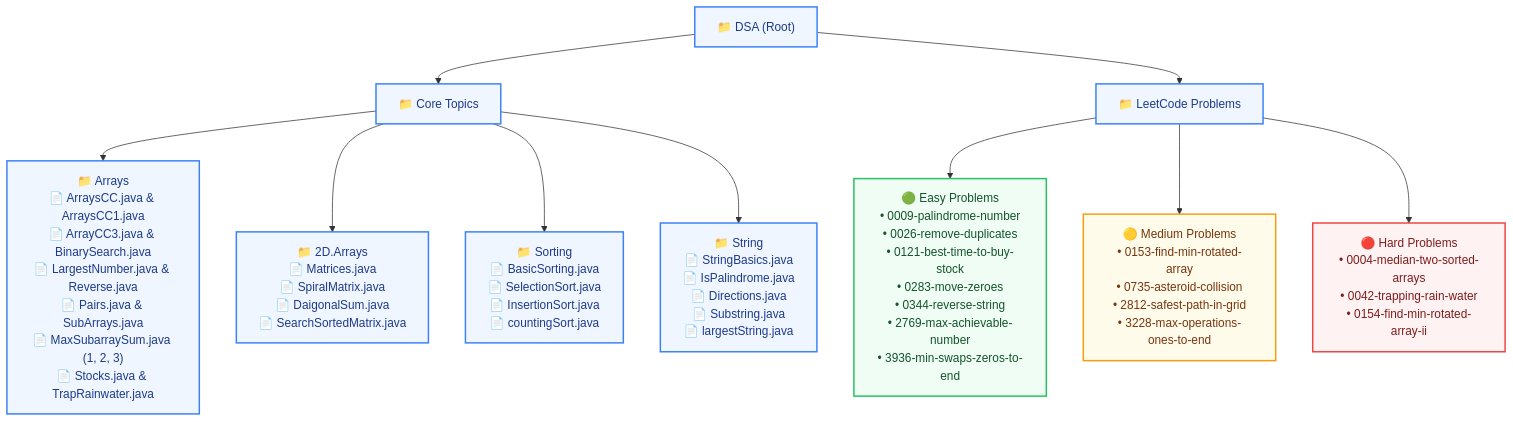
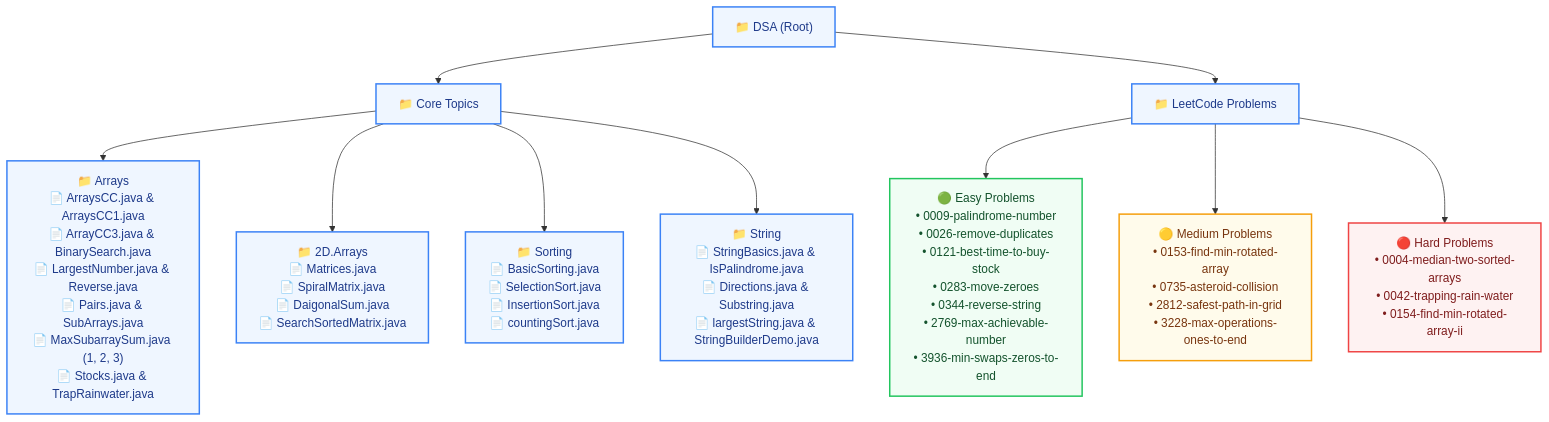
Before and after one commit to raghuvanshi-sec/DSA: the diagram in README.md, drawn with Mermaid. The commit also changed other lines of this file and 4 other files, not shown here.

````diff
--- a/README.md
+++ b/README.md
@@ -22,30 +22,30 @@
 ```mermaid
 flowchart TD
     DSA["📁 DSA (Root)"]
     
     %% Core Categories
     DSA --> Core["📁 Core Topics"]
     DSA --> LC["📁 LeetCode Problems"]
     
     %% Core Topics Breakdown
     Core --> Arrays["📁 Arrays<br/>📄 ArraysCC.java & ArraysCC1.java<br/>📄 ArrayCC3.java & BinarySearch.java<br/>📄 LargestNumber.java & Reverse.java<br/>📄 Pairs.java & SubArrays.java<br/>📄 MaxSubarraySum.java (1, 2, 3)<br/>📄 Stocks.java & TrapRainwater.java"]
     Core --> 2DArrays["📁 2D.Arrays<br/>📄 Matrices.java<br/>📄 SpiralMatrix.java<br/>📄 DaigonalSum.java<br/>📄 SearchSortedMatrix.java"]
     Core --> Sorting["📁 Sorting<br/>📄 BasicSorting.java<br/>📄 SelectionSort.java<br/>📄 InsertionSort.java<br/>📄 countingSort.java"]
-    Core --> String["📁 String<br/>📄 StringBasics.java<br/>📄 IsPalindrome.java<br/>📄 Directions.java<br/>📄 Substring.java<br/>📄 largestString.java"]
+    Core --> String["📁 String<br/>📄 StringBasics.java & IsPalindrome.java<br/>📄 Directions.java & Substring.java<br/>📄 largestString.java & StringBuilderDemo.java"]
     
     %% LeetCode Breakdown
     LC --> LCEasy["🟢 Easy Problems<br/>• 0009-palindrome-number<br/>• 0026-remove-duplicates<br/>• 0121-best-time-to-buy-stock<br/>• 0283-move-zeroes<br/>• 0344-reverse-string<br/>• 2769-max-achievable-number<br/>• 3936-min-swaps-zeros-to-end"]
     LC --> LCMed["🟡 Medium Problems<br/>• 0153-find-min-rotated-array<br/>• 0735-asteroid-collision<br/>• 2812-safest-path-in-grid<br/>• 3228-max-operations-ones-to-end"]
     LC --> LCHard["🔴 Hard Problems<br/>• 0004-median-two-sorted-arrays<br/>• 0042-trapping-rain-water<br/>• 0154-find-min-rotated-array-ii"]
 
     %% Styling
     classDef folder fill:#eff6ff,stroke:#3b82f6,stroke-width:2px,color:#1e3a8a;
     classDef easy fill:#f0fdf4,stroke:#22c55e,stroke-width:2px,color:#14532d;
     classDef medium fill:#fffbeb,stroke:#f59e0b,stroke-width:2px,color:#78350f;
     classDef hard fill:#fef2f2,stroke:#ef4444,stroke-width:2px,color:#7f1d1d;
     
     class DSA,Core,LC,Arrays,2DArrays,Sorting,String folder;
     class LCEasy easy;
     class LCMed medium;
     class LCHard hard;
 ```
````
